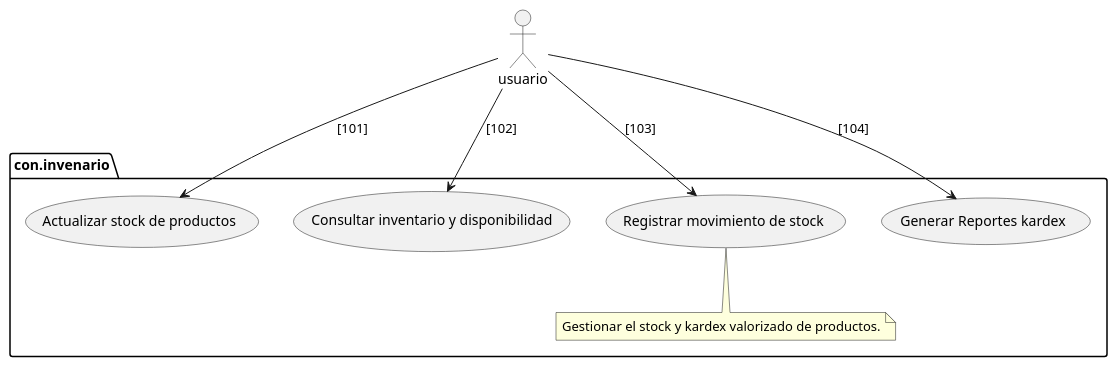
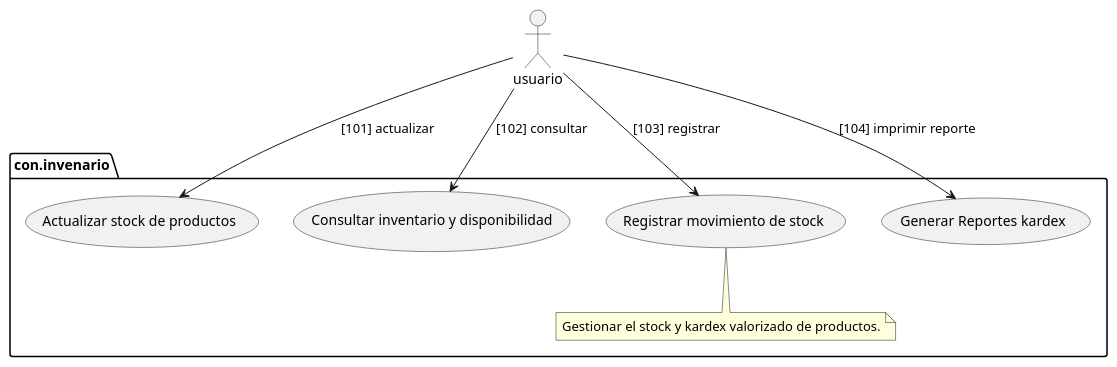
Before and after one commit to Digbers/camal-microservice: the diagram in UML/inventario/UC kardex.puml, drawn with PlantUML. The commit also changed 174 other files, not shown here.

```diff
--- a/UML/inventario/UC kardex.puml
+++ b/UML/inventario/UC kardex.puml
@@ -1,17 +1,17 @@
 @startuml
 actor "usuario" as cli
 package "con.invenario" {
 note "Gestionar el stock y kardex valorizado de productos." as N2
 
     usecase "Actualizar stock de productos" as stock
     usecase "Consultar inventario y disponibilidad" as kardex
     usecase "Registrar movimiento de stock" as movStock
     usecase "Generar Reportes kardex" as repKardex
 
     movStock ..N2
 }
-cli --> stock : [101]
-cli --> kardex : [102]
-cli --> movStock : [103]
-cli --> repKardex : [104]
+cli --> stock : [101] actualizar
+cli --> kardex : [102] consultar
+cli --> movStock : [103] registrar
+cli --> repKardex : [104] imprimir reporte
 @enduml
```
